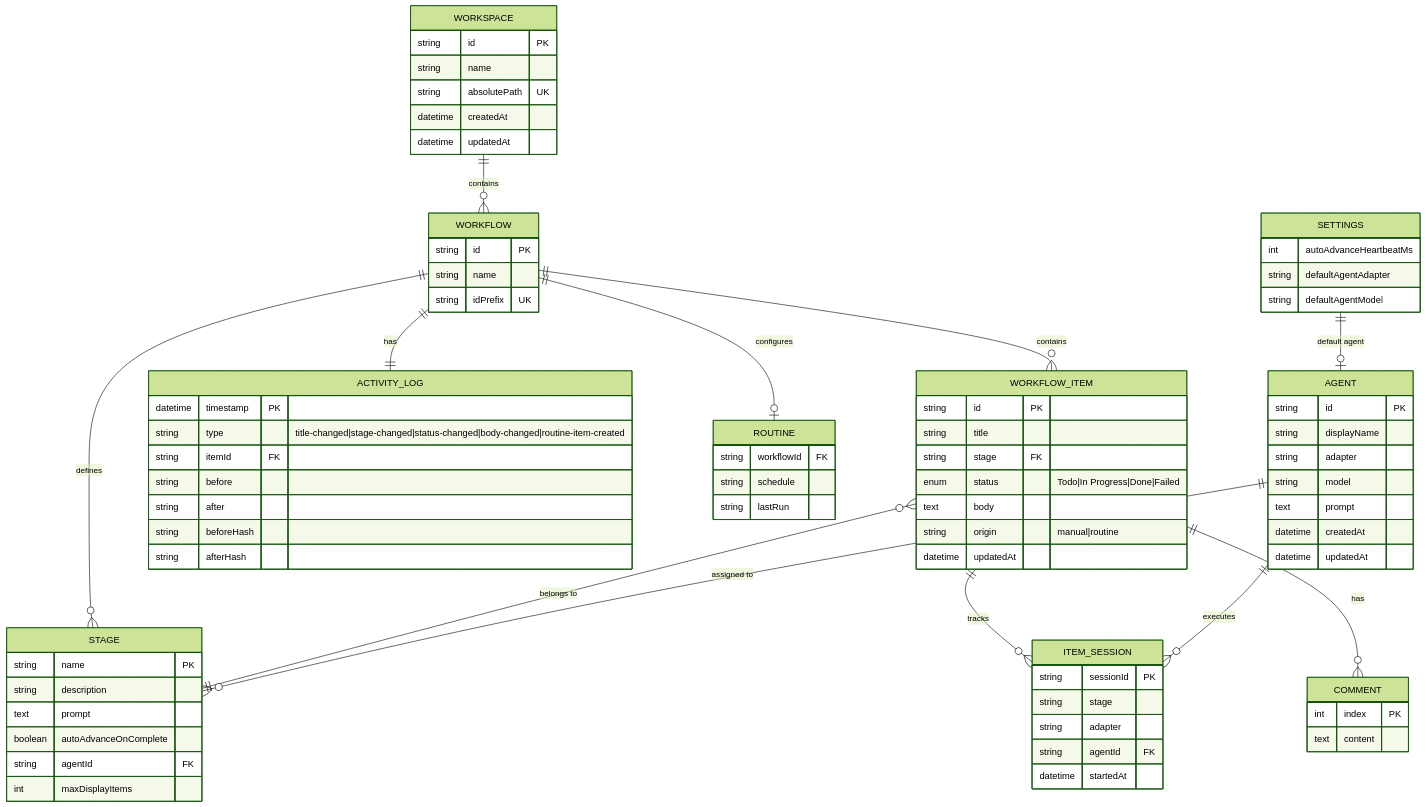
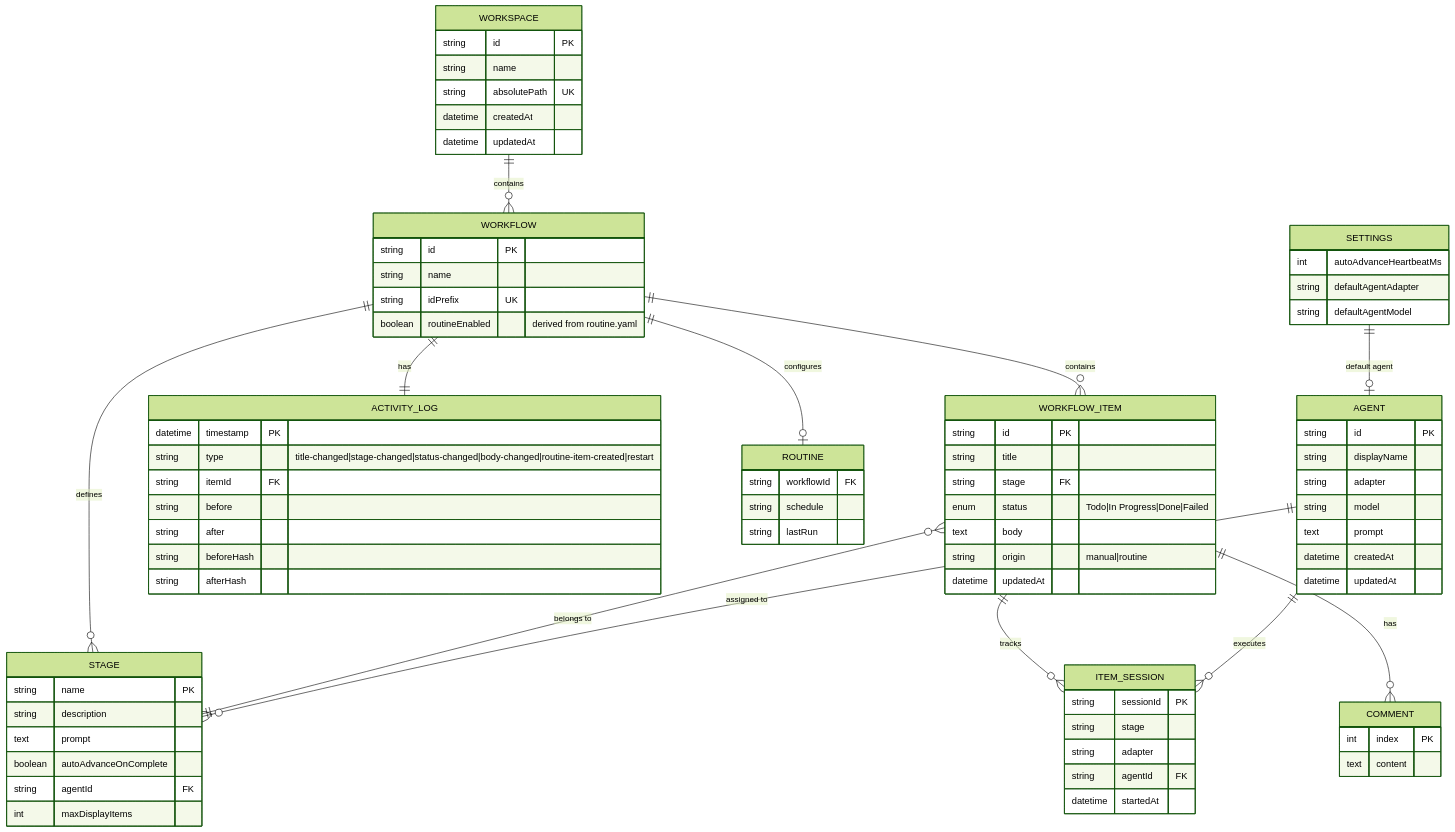
One commit to EugeneNguyen/new-old-school changed the diagram in docs/standards/database-design.md. Above: the diagram before and after it, drawn with Mermaid (forest theme). The commit also changed other lines of this file and 66 other files, not shown here.

```diff
--- a/docs/standards/database-design.md
+++ b/docs/standards/database-design.md
@@ -34,6 +34,7 @@
         string id PK
         string name
         string idPrefix UK
+        boolean routineEnabled "derived from routine.yaml"
     }
 
     STAGE {
@@ -80,7 +81,7 @@
 
     ACTIVITY_LOG {
         datetime timestamp PK
-        string type "title-changed|stage-changed|status-changed|body-changed|routine-item-created"
+        string type "title-changed|stage-changed|status-changed|body-changed|routine-item-created|restart"
         string itemId FK
         string before
         string after
```
